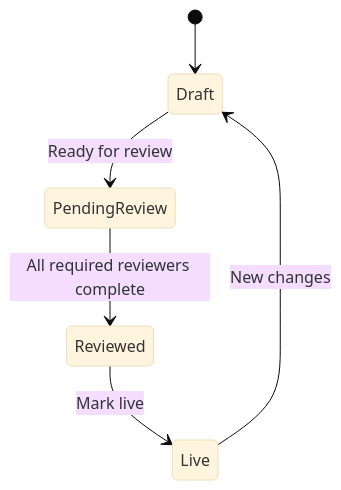
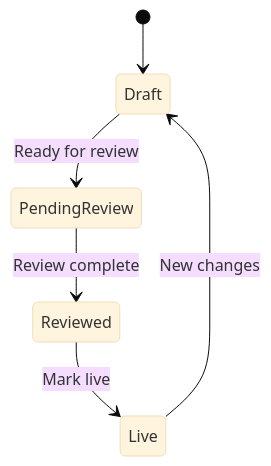
One commit to Chaosphere-Apps/about-stratum changed the second of 2 diagrams in README.md. Above: the diagram before and after it, drawn with Mermaid (base theme). The commit also changed other lines of this file and 1 other file, not shown here.

````diff
--- a/README.md
+++ b/README.md
@@ -247,8 +77,8 @@
 ```mermaid
 stateDiagram-v2
   [*] --> Draft
   Draft --> PendingReview: Ready for review
-  PendingReview --> Reviewed: All required reviewers complete
+  PendingReview --> Reviewed: Review complete
   Reviewed --> Live: Mark live
   Live --> Draft: New changes
 ```
````
